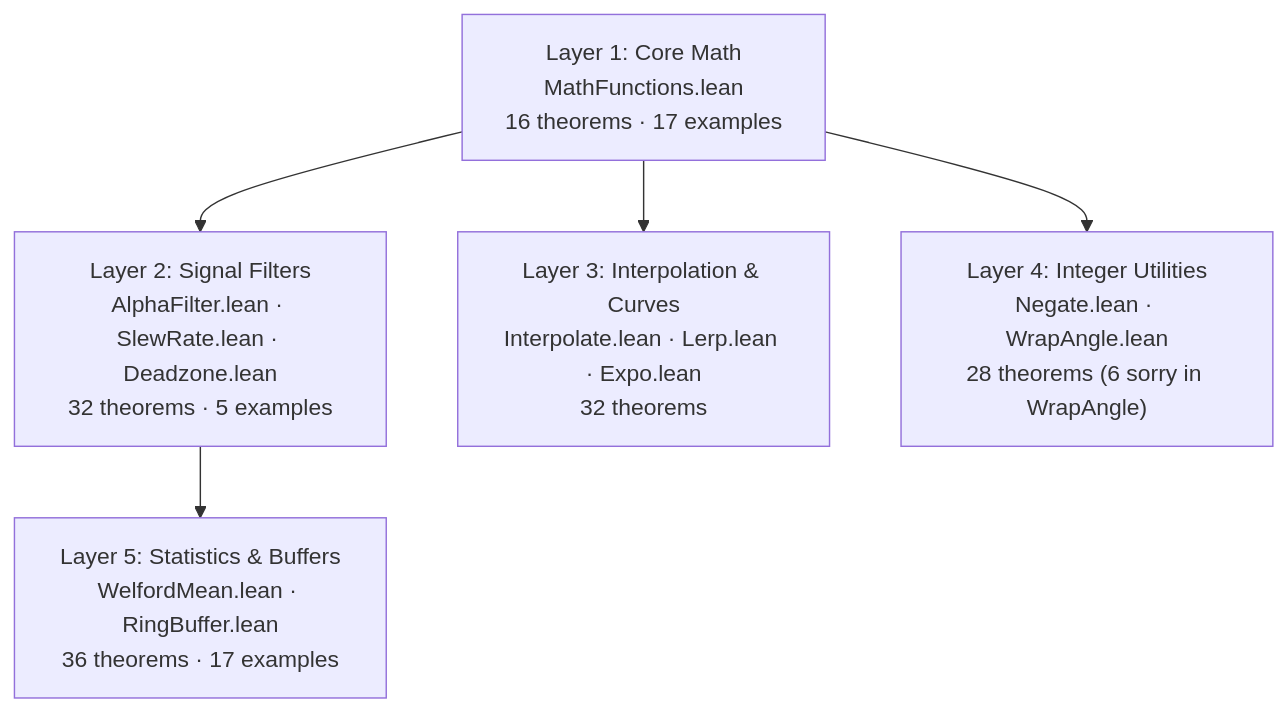
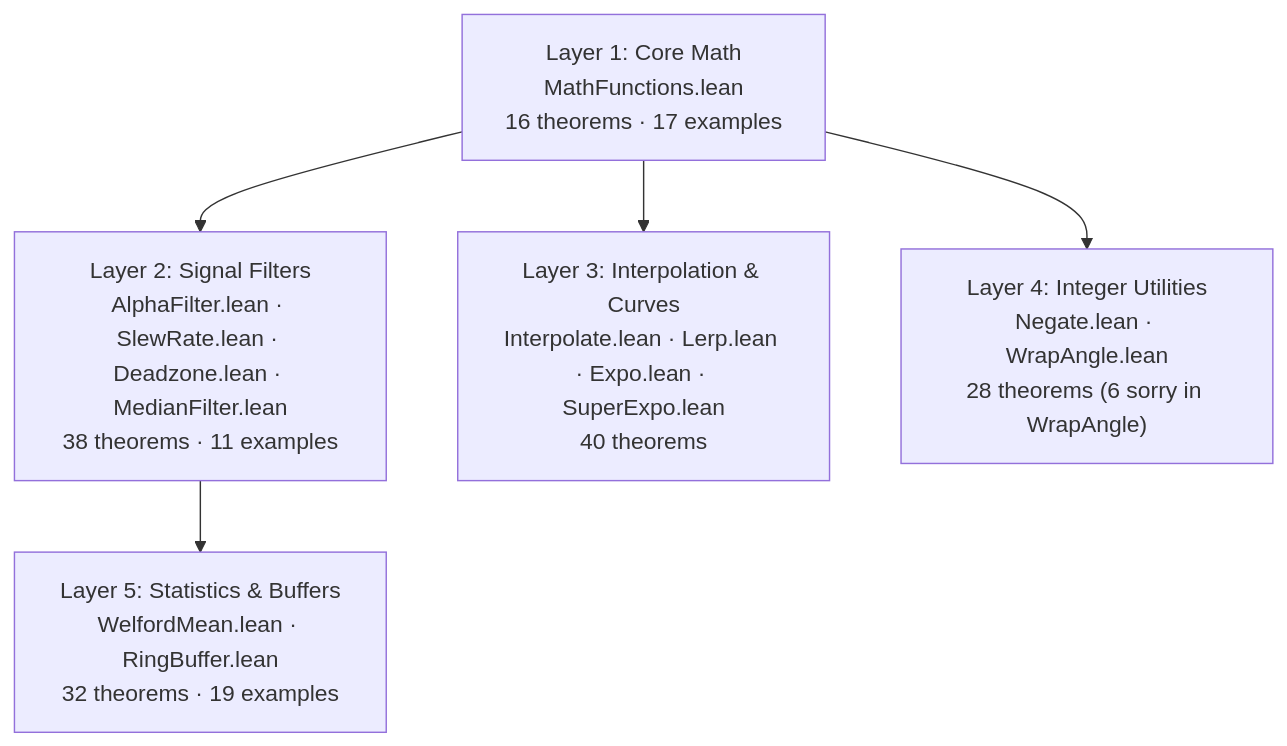
Before and after one commit to dsyme/PX4-Autopilot: the first of 11 diagrams in formal-verification/REPORT.md, drawn with Mermaid. The commit also changed other lines of this file and 1 other file, not shown here.

First line of the commit message:
docs(fv): update REPORT.md + CORRESPONDENCE.md for MedianFilter and SuperExpo (run37)

````diff
--- a/formal-verification/REPORT.md
+++ b/formal-verification/REPORT.md
@@ -31,12 +33,12 @@
 ```mermaid
 graph TD
     L1["Layer 1: Core Math<br/>MathFunctions.lean<br/>16 theorems · 17 examples"]
-    L2a["Layer 2: Signal Filters<br/>AlphaFilter.lean · SlewRate.lean · Deadzone.lean<br/>32 theorems · 5 examples"]
-    L2b["Layer 3: Interpolation & Curves<br/>Interpolate.lean · Lerp.lean · Expo.lean<br/>32 theorems"]
+    L2a["Layer 2: Signal Filters<br/>AlphaFilter.lean · SlewRate.lean · Deadzone.lean · MedianFilter.lean<br/>38 theorems · 11 examples"]
+    L2b["Layer 3: Interpolation & Curves<br/>Interpolate.lean · Lerp.lean · Expo.lean · SuperExpo.lean<br/>40 theorems"]
     L4["Layer 4: Integer Utilities<br/>Negate.lean · WrapAngle.lean<br/>28 theorems (6 sorry in WrapAngle)"]
-    L5["Layer 5: Statistics & Buffers<br/>WelfordMean.lean · RingBuffer.lean<br/>36 theorems · 17 examples"]
+    L5["Layer 5: Statistics & Buffers<br/>WelfordMean.lean · RingBuffer.lean<br/>32 theorems · 19 examples"]
     L1 --> L2a
     L1 --> L2b
     L1 --> L4
     L2a --> L5
 ```
````
